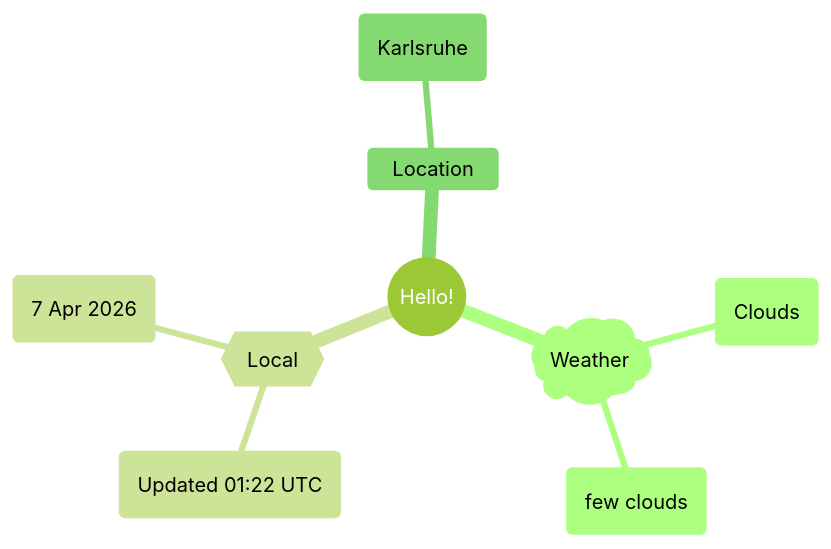
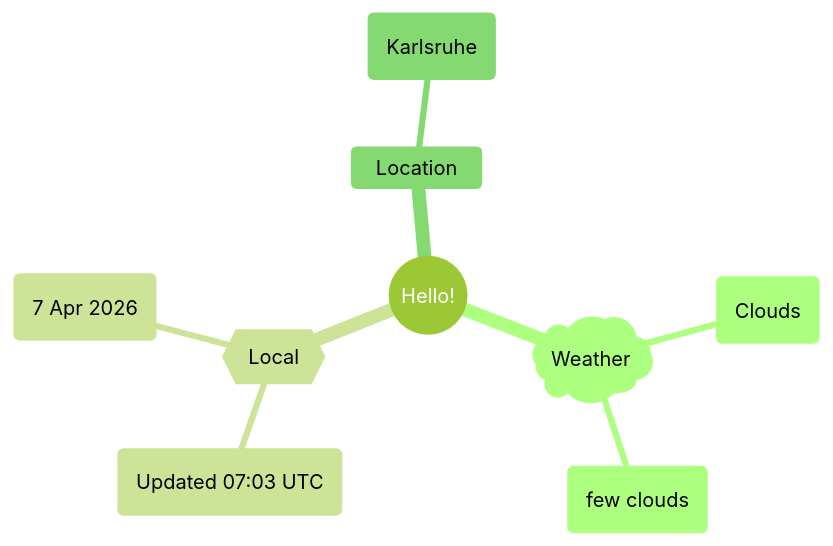
The first of 2 diagrams in README.md (Xosrov/Xosrov), drawn with Mermaid (forest theme) before and after one commit.

Commit message:
[bot] updated images

````diff
--- a/README.md
+++ b/README.md
@@ -3,12 +3,12 @@
 ```mermaid
 mindmap
   root((Hello!))
     )Weather(
         (Clouds)
         (few clouds)
     {{Local}}
-        (Updated 01:22 UTC)
+        (Updated 07:03 UTC)
         (7 Apr 2026)
     Location
         (Karlsruhe)
 ```
````
